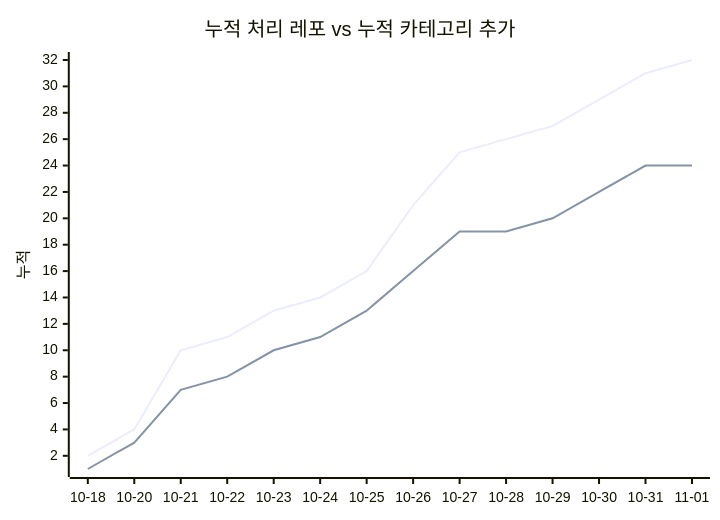
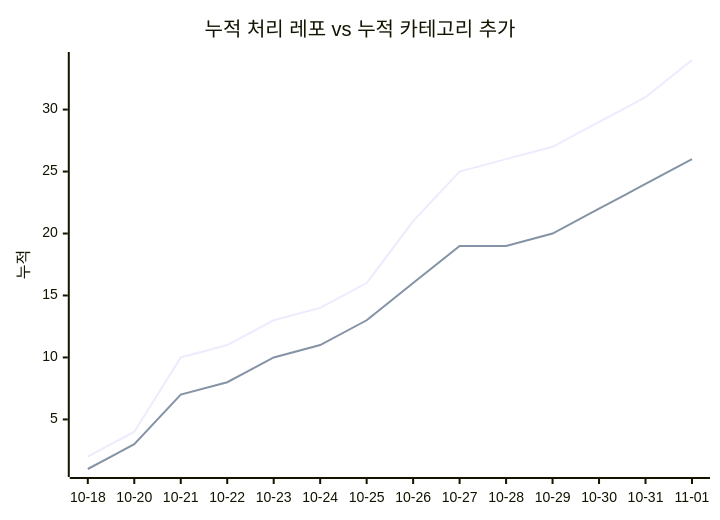
The second of 2 diagrams in docs/trends.md (J-nowcow/awesome-korean-agent-skills), drawn with Mermaid before and after one commit. The commit also changed other lines of this file and 5 other files, not shown here.

````diff
--- a/docs/trends.md
+++ b/docs/trends.md
@@ -68,8 +68,8 @@
 ```mermaid
 xychart-beta
     title "누적 처리 레포 vs 누적 카테고리 추가"
     x-axis ["10-18","10-20","10-21","10-22","10-23","10-24","10-25","10-26","10-27","10-28","10-29","10-30","10-31","11-01"]
     y-axis "누적"
-    line [2,4,10,11,13,14,16,21,25,26,27,29,31,32]
-    line [1,3,7,8,10,11,13,16,19,19,20,22,24,24]
+    line [2,4,10,11,13,14,16,21,25,26,27,29,31,34]
+    line [1,3,7,8,10,11,13,16,19,19,20,22,24,26]
 ```
````
